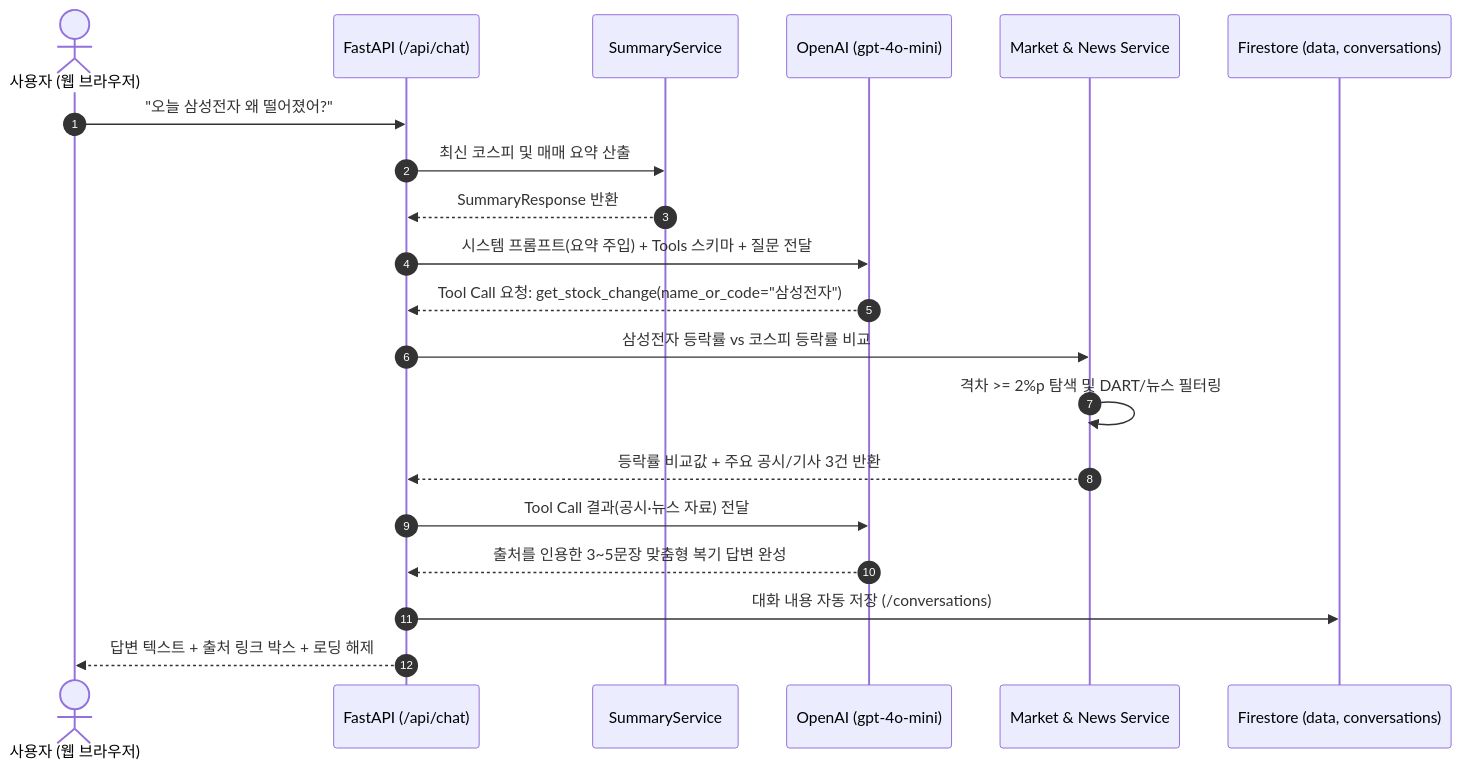
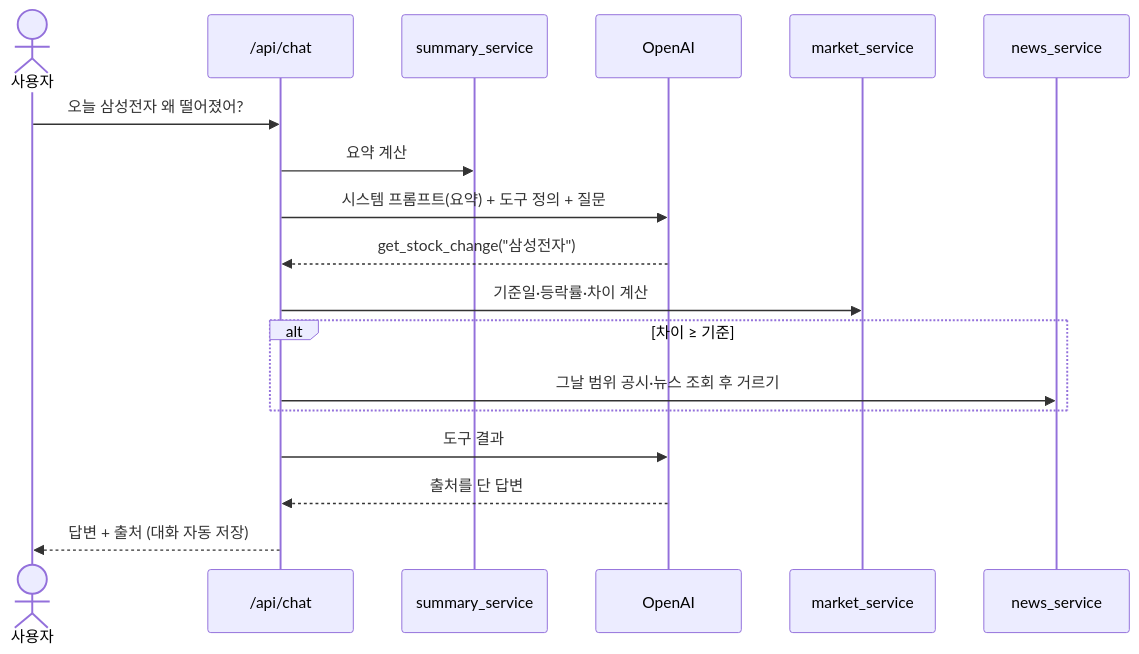
Before and after one commit to hissuuummin/M1-2: the diagram in README.md, drawn with Mermaid. The commit also changed other lines of this file and 48 other files, not shown here.

First line of the commit message:
fix: use real market data, remove fabricated fallbacks, harden security

````diff
--- a/README.md
+++ b/README.md
@@ -168,23 +226,20 @@
 ```mermaid
 sequenceDiagram
-    autonumber
-    actor User as 사용자 (웹 브라우저)
-    participant ChatAPI as FastAPI (/api/chat)
-    participant Summary as SummaryService
-    participant GPT as OpenAI (gpt-4o-mini)
-    participant Market as Market & News Service
-    participant DB as Firestore (data, conversations)
-
-    User->>ChatAPI: "오늘 삼성전자 왜 떨어졌어?"
-    ChatAPI->>Summary: 최신 코스피 및 매매 요약 산출
-    Summary-->>ChatAPI: SummaryResponse 반환
-    ChatAPI->>GPT: 시스템 프롬프트(요약 주입) + Tools 스키마 + 질문 전달
-    GPT-->>ChatAPI: Tool Call 요청: get_stock_change(name_or_code="삼성전자")
-    ChatAPI->>Market: 삼성전자 등락률 vs 코스피 등락률 비교
-    Market->>Market: 격차 >= 2%p 탐색 및 DART/뉴스 필터링
-    Market-->>ChatAPI: 등락률 비교값 + 주요 공시/기사 3건 반환
-    ChatAPI->>GPT: Tool Call 결과(공시·뉴스 자료) 전달
-    GPT-->>ChatAPI: 출처를 인용한 3~5문장 맞춤형 복기 답변 완성
-    ChatAPI->>DB: 대화 내용 자동 저장 (/conversations)
-    ChatAPI-->>User: 답변 텍스트 + 출처 링크 박스 + 로딩 해제
+    actor U as 사용자
+    participant C as /api/chat
+    participant S as summary_service
+    participant G as OpenAI
+    participant M as market_service
+    participant N as news_service
+    U->>C: 오늘 삼성전자 왜 떨어졌어?
+    C->>S: 요약 계산
+    C->>G: 시스템 프롬프트(요약) + 도구 정의 + 질문
+    G-->>C: get_stock_change("삼성전자")
+    C->>M: 기준일·등락률·차이 계산
+    alt 차이 ≥ 기준
+        C->>N: 그날 범위 공시·뉴스 조회 후 거르기
+    end
+    C->>G: 도구 결과
+    G-->>C: 출처를 단 답변
+    C-->>U: 답변 + 출처 (대화 자동 저장)
 ```
````
